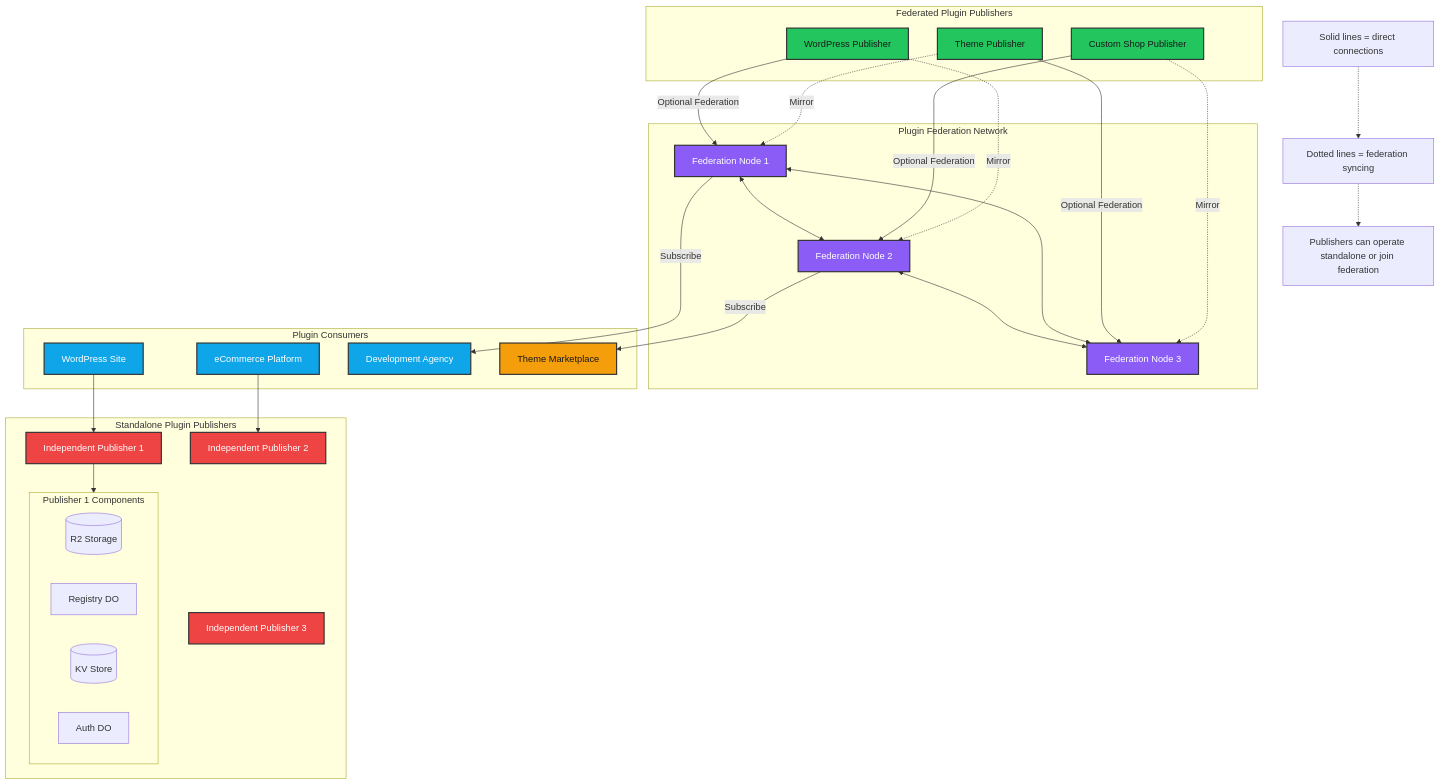
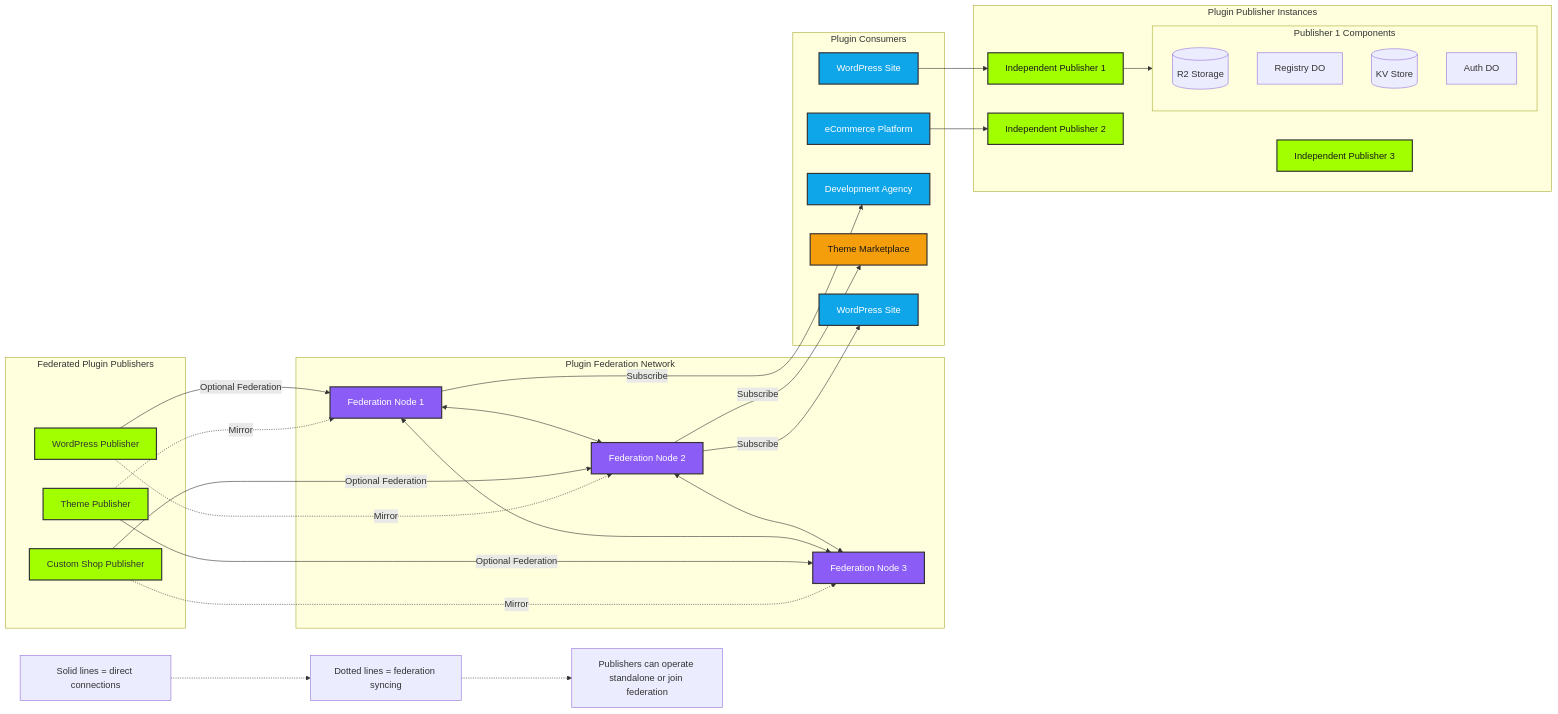
The diagram in NOTES.md (xpportal/Plugin-Federation-Network), drawn with Mermaid before and after one commit. The commit also changed 1 other file, not shown here.

Commit message:
lets take a zoomed out view on the the full stack

````diff
--- a/NOTES.md
+++ b/NOTES.md
@@ -3,70 +3,72 @@
 ```mermaid
-graph TD
+graph LR
     classDef federation fill:#8b5cf6,color:white,stroke:#333,stroke-width:2px
-    classDef publisher fill:#22c55e,color:#191919,stroke:#333,stroke-width:2px
+    classDef publisher fill:#a2ff00,color:#white,stroke:#333,stroke-width:2px
     classDef consumer fill:#0ea5e9,color:white,stroke:#333,stroke-width:2px
     classDef marketplace fill:#f59e0b,color:#191919,stroke:#333,stroke-width:2px
-    classDef standalone fill:#ef4444,color:white,stroke:#333,stroke-width:2px
+    classDef standalone fill:#a2ff00,color:#191919,stroke:#333,stroke-width:2px
 
     subgraph Federation["Plugin Federation Network"]
         FN1[Federation Node 1]:::federation
         FN2[Federation Node 2]:::federation
         FN3[Federation Node 3]:::federation
         
         FN1 <--> FN2
         FN2 <--> FN3
         FN1 <--> FN3
     end
 
     subgraph Federated["Federated Plugin Publishers"]
         PP1[WordPress Publisher]:::publisher
         PP2[Custom Shop Publisher]:::publisher
         PP3[Theme Publisher]:::publisher
     end
 
-    subgraph Standalone["Standalone Plugin Publishers"]
+    subgraph Standalone["Plugin Publisher Instances"]
         SP1[Independent Publisher 1]:::standalone
         SP2[Independent Publisher 2]:::standalone
         SP3[Independent Publisher 3]:::standalone
 
         subgraph SP1_Components["Publisher 1 Components"]
             SP1_R2[(R2 Storage)]
             SP1_DO[Registry DO]
             SP1_KV[(KV Store)]
             SP1_AUTH[Auth DO]
         end
     end
 
     subgraph Consumers["Plugin Consumers"]
         C1[WordPress Site]:::consumer
         C2[eCommerce Platform]:::consumer
         C3[Development Agency]:::consumer
         C4[Theme Marketplace]:::marketplace
+		C5[WordPress Site]:::consumer
     end
 
     %% Standalone connections
     SP1 --> SP1_Components
     C1 --> SP1
     C2 --> SP2
     
     %% Federation connections
     PP1 -->|"Optional Federation"| FN1
     PP2 -->|"Optional Federation"| FN2
     PP3 -->|"Optional Federation"| FN3
     
     %% Federation consumer connections
     FN1 -->|"Subscribe"| C3
     FN2 -->|"Subscribe"| C4
+    FN2 -->|"Subscribe"| C5
     
     %% Cross-node syncing
     PP1 -.->|"Mirror"| FN2
     PP2 -.->|"Mirror"| FN3
     PP3 -.->|"Mirror"| FN1
 
     %% Add explanatory notes
     note1[Solid lines = direct connections]
     note2[Dotted lines = federation syncing]
     note3[Publishers can operate standalone or join federation]
     note1 -.-> note2
     note2 -.-> note3
 ```
````
